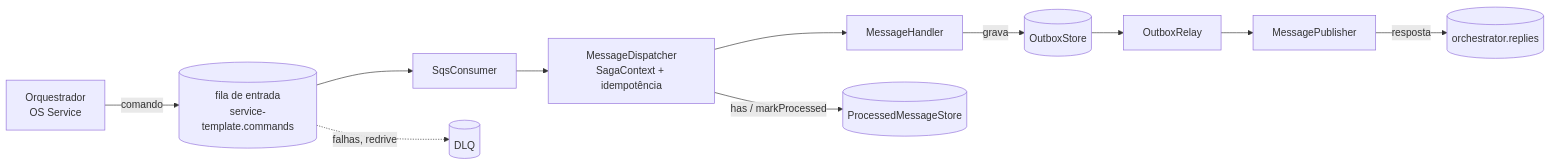
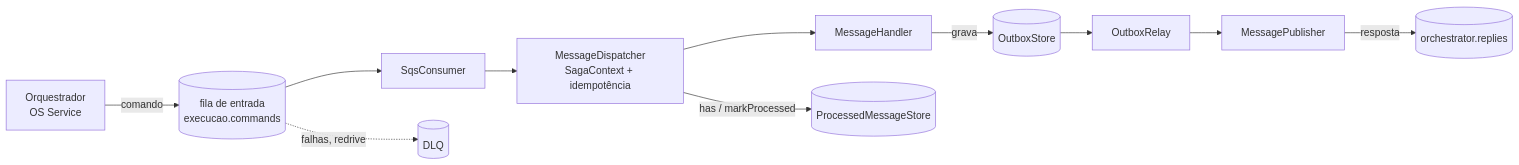
Before and after one commit to pedruvaz/tech-challenge-fiap-execucao: the diagram in README.md, drawn with Mermaid. The commit also changed other lines of this file and 14 other files, not shown here.

Commit message:
chore: cria o serviço execucao a partir do template

````diff
--- a/README.md
+++ b/README.md
@@ -11,13 +11,13 @@
 ```mermaid
 flowchart LR
-  ORQ[Orquestrador<br/>OS Service] -- comando --> IN[(fila de entrada<br/>service-template.commands)]
+  ORQ[Orquestrador<br/>OS Service] -- comando --> IN[(fila de entrada<br/>execucao.commands)]
   IN --> C[SqsConsumer]
   C --> D[MessageDispatcher<br/>SagaContext + idempotência]
   D --> H[MessageHandler]
   H -- grava --> O[(OutboxStore)]
   D -- has / markProcessed --> P[(ProcessedMessageStore)]
   O --> R[OutboxRelay]
   R --> PUB[MessagePublisher]
   PUB -- resposta --> REP[(orchestrator.replies)]
   IN -. falhas, redrive .-> DLQ[(DLQ)]
 ```
````
